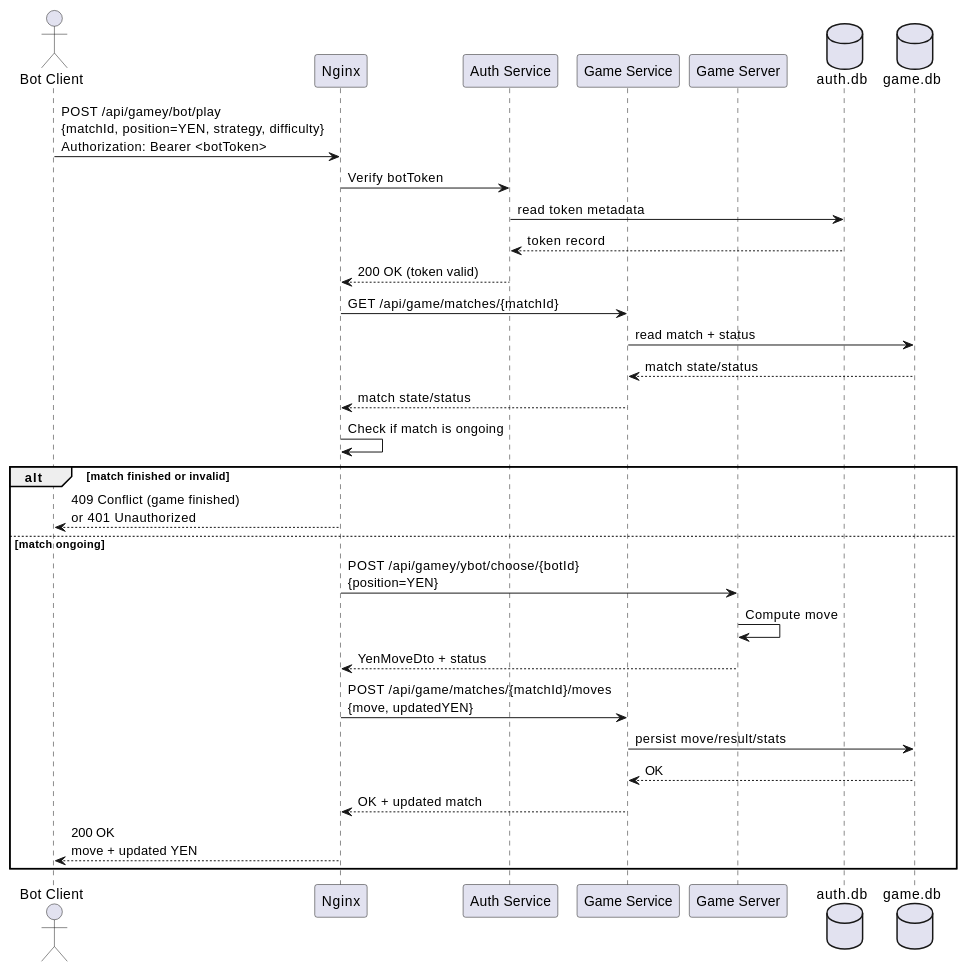
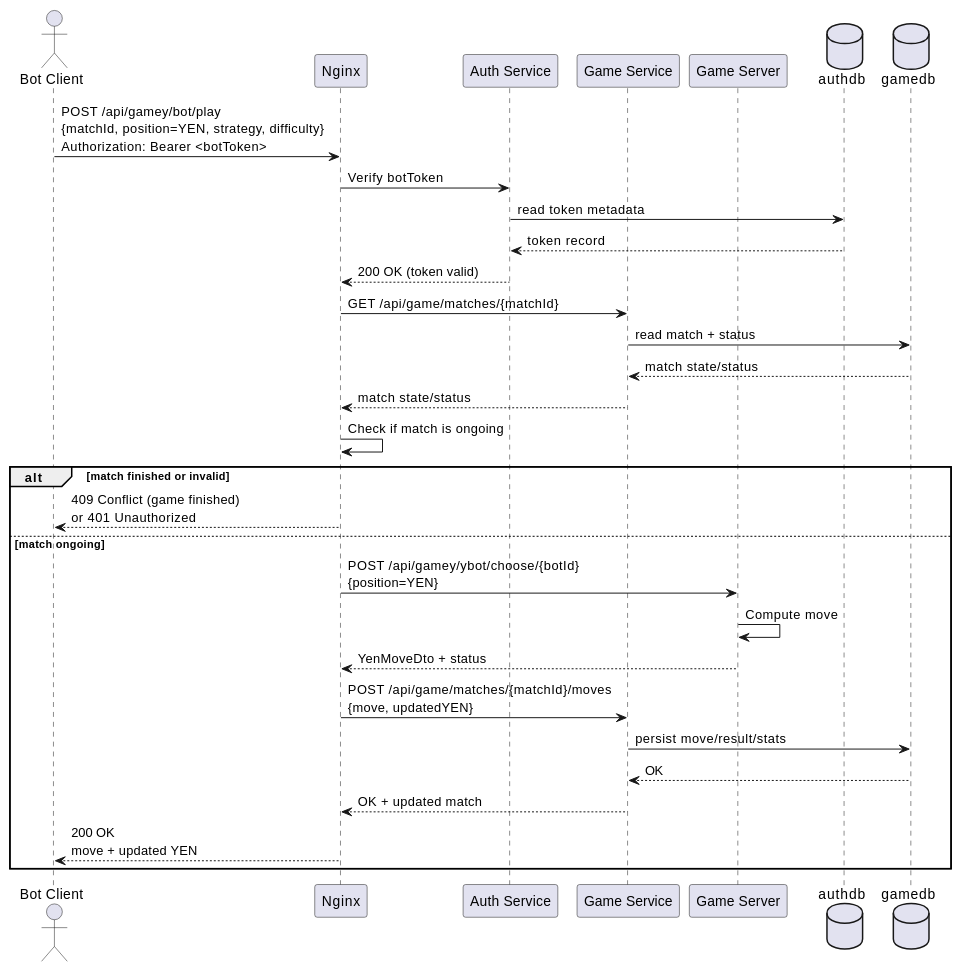
Before and after one commit to Arquisoft/yovi_es1c: the fifth of 9 diagrams in docs/src/06_runtime_view.adoc, drawn with PlantUML. The commit also changed other lines of this file and 12 other files, not shown here.

```diff
--- a/docs/src/06_runtime_view.adoc
+++ b/docs/src/06_runtime_view.adoc
@@ -182,42 +182,42 @@
 [plantuml, "runtime-bot-api", png]
 ----
 actor "Bot Client" as Bot
 participant "Nginx" as Nginx
 participant "Auth Service" as Auth
 participant "Game Service" as GameService
 participant "Game Server" as Engine
-database "auth.db" as AuthDB
-database "game.db" as GameDB
+database "authdb" as AuthDB
+database "gamedb" as GameDB
 
 Bot -> Nginx: POST /api/gamey/bot/play\n{matchId, position=YEN, strategy, difficulty}\nAuthorization: Bearer <botToken>
 
 ' 1) Verify bot credentials
 Nginx -> Auth: Verify botToken
 Auth -> AuthDB: read token metadata
 AuthDB --> Auth: token record
 Auth --> Nginx: 200 OK (token valid)
 
 ' 2) Get match state
 Nginx -> GameService: GET /api/game/matches/{matchId}
 GameService -> GameDB: read match + status
 GameDB --> GameService: match state/status
 GameService --> Nginx: match state/status
 Nginx -> Nginx: Check if match is ongoing
 
 alt match finished or invalid
   Nginx --> Bot: 409 Conflict (game finished)\nor 401 Unauthorized
 else match ongoing
   ' 3) Compute bot move
   Nginx -> Engine: POST /api/gamey/ybot/choose/{botId}\n{position=YEN}
   Engine -> Engine: Compute move
   Engine --> Nginx: YenMoveDto + status
 
   ' 4) Persist result
   Nginx -> GameService: POST /api/game/matches/{matchId}/moves\n{move, updatedYEN}
   GameService -> GameDB: persist move/result/stats
   GameDB --> GameService: OK
   GameService --> Nginx: OK + updated match
 
   Nginx --> Bot: 200 OK\nmove + updated YEN
 end
 ----
```
